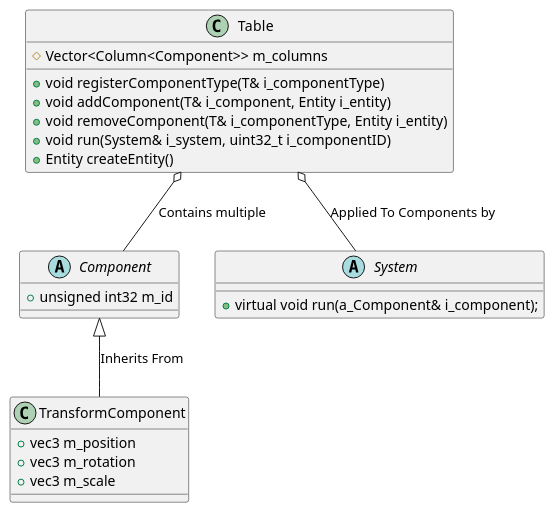
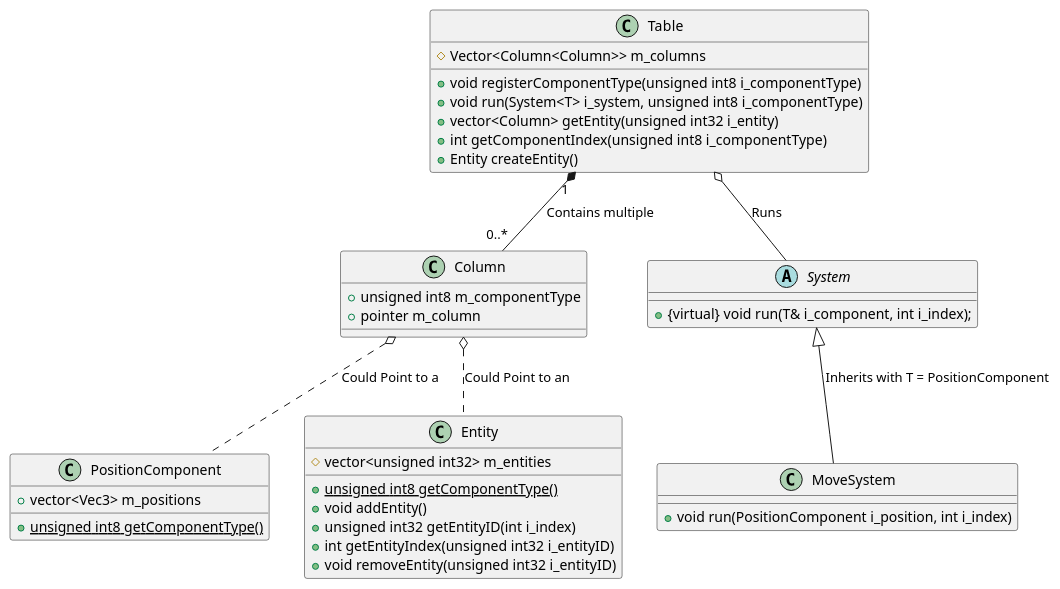
One commit to NCCA/programming-assignment-supersliser changed the diagram in ClassDiagram.md. Above: the diagram before and after it, drawn with PlantUML. The commit also changed 53 other files, not shown here.

```diff
--- a/ClassDiagram.md
+++ b/ClassDiagram.md
@@ -1,30 +1,45 @@
 @startuml
 
 class Table {
-	# Vector<Column<Component>> m_columns
-	+ void registerComponentType(T& i_componentType)
-	+ void addComponent(T& i_component, Entity i_entity)
-	+ void removeComponent(T& i_componentType, Entity i_entity)
-	+ void run(System& i_system, uint32_t i_componentID)
+	# Vector<Column<Column>> m_columns
+	+ void registerComponentType(unsigned int8 i_componentType)
+	+ void run(System<T> i_system, unsigned int8 i_componentType)
+    + vector<Column> getEntity(unsigned int32 i_entity)
+    + int getComponentIndex(unsigned int8 i_componentType)
 	+ Entity createEntity()
 }
 
-abstract class Component {
-	+ unsigned int32 m_id
+class Column {
+    + unsigned int8 m_componentType
+	+ pointer m_column
 }
 
-class TransformComponent {
-	+ vec3 m_position
-	+ vec3 m_rotation
-	+ vec3 m_scale
+class PositionComponent {
+	+ vector<Vec3> m_positions
+    + {static} unsigned int8 getComponentType()
+}
+
+class Entity { 
+	# vector<unsigned int32> m_entities
+	+ {static} unsigned int8 getComponentType()
+	+ void addEntity()
+	+ unsigned int32 getEntityID(int i_index)
+	+ int getEntityIndex(unsigned int32 i_entityID)
+	+ void removeEntity(unsigned int32 i_entityID)
 }
 
 abstract class System {
-	+ virtual void run(a_Component& i_component);
+	+ {virtual} void run(T& i_component, int i_index);
 }
 
-Table o-- System : "Applied To Components by"
-Component <|-- TransformComponent : "Inherits From"
-Table o-- Component : "Contains multiple"
+class MoveSystem {
+	+ void run(PositionComponent i_position, int i_index)
+}
+
+Table "1" *-- "0..*" Column : "Contains multiple"
+Column o.. PositionComponent : "Could Point to a"
+Column o.. Entity : "Could Point to an"
+System <|-- MoveSystem : "Inherits with T = PositionComponent"
+Table o-- System : "Runs"
 
 @enduml
```
